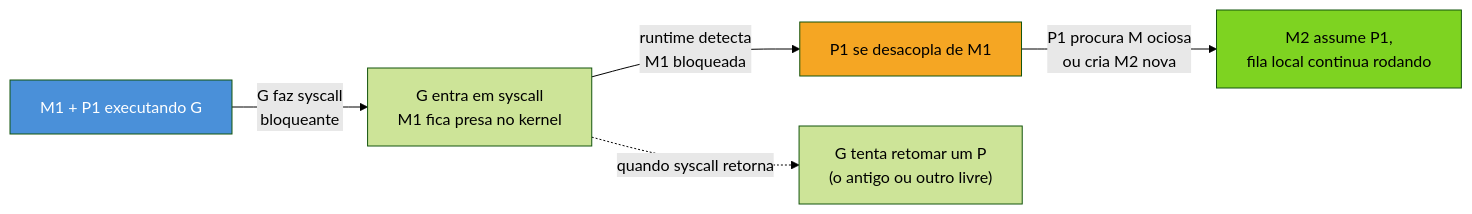
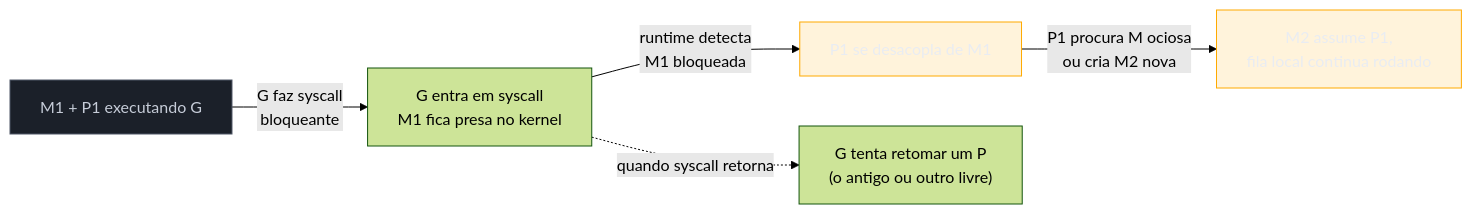
Before and after one commit to josenaldo/codex-technomanticus: the third of 3 diagrams in 03-Dominios/Tecnologia/Go/07 - Goroutines e o scheduler/03 - O modelo GMP por cima.md, drawn with Mermaid (forest theme). The commit also changed other lines of this file and 1181 other files, not shown here.

First line of the commit message:
fix(diagramas): paleta do sistema no lugar de cor cravada no markdown

````diff
--- a/03-Dominios/Tecnologia/Go/07 - Goroutines e o scheduler/03 - O modelo GMP por cima.md
+++ b/03-Dominios/Tecnologia/Go/07 - Goroutines e o scheduler/03 - O modelo GMP por cima.md
@@ -142,11 +144,13 @@
 ```mermaid
 flowchart LR
+    classDef neutro fill:#1B2029,stroke:#4E5666,color:#C6CCD8
+    classDef destaque fill:#FFAA0024,stroke:#FFAA00,color:#E9ECF2
     A["M1 + P1 executando G"] -->|"G faz syscall\nbloqueante"| B["G entra em syscall\nM1 fica presa no kernel"]
     B -->|"runtime detecta\nM1 bloqueada"| C["P1 se desacopla de M1"]
     C -->|"P1 procura M ociosa\nou cria M2 nova"| D["M2 assume P1,\nfila local continua rodando"]
     B -.->|"quando syscall retorna"| E["G tenta retomar um P\n(o antigo ou outro livre)"]
 
-    style A fill:#4A90D9,color:#fff
-    style C fill:#F5A623,color:#000
-    style D fill:#7ED321,color:#000
+    class A neutro
+    class C destaque
+    class D destaque
 ```
````
